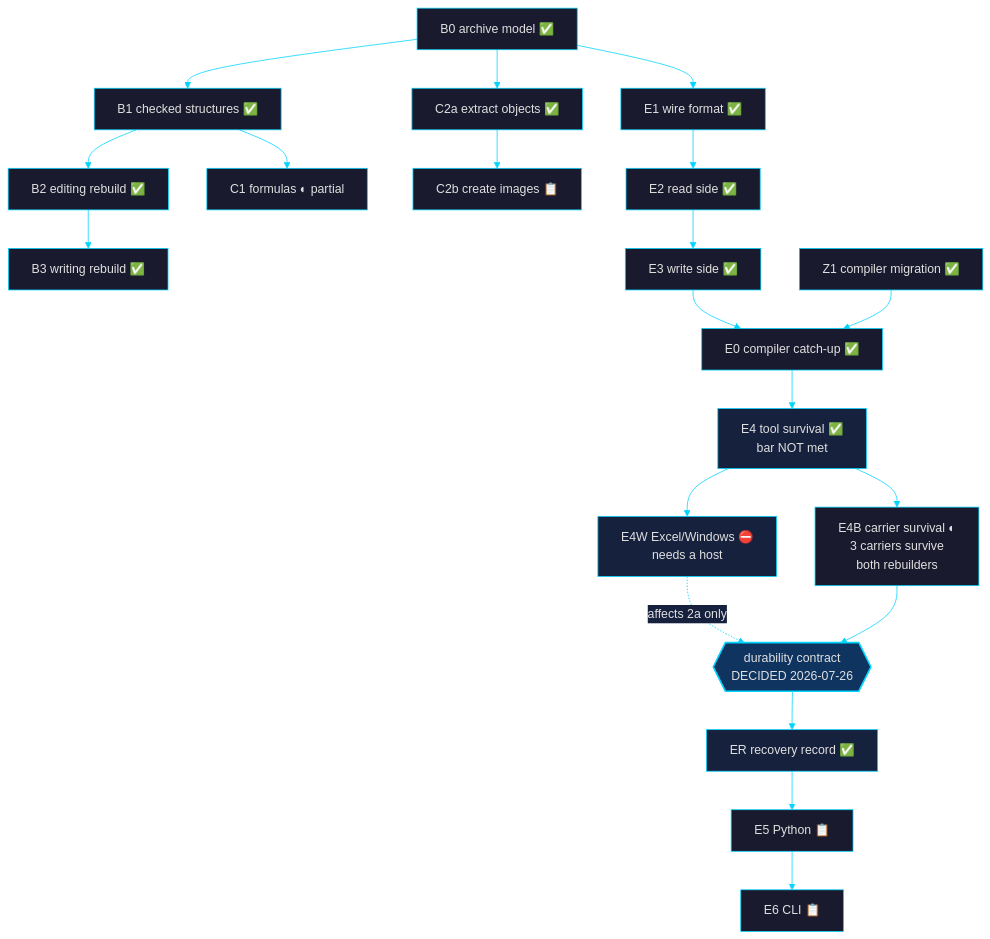
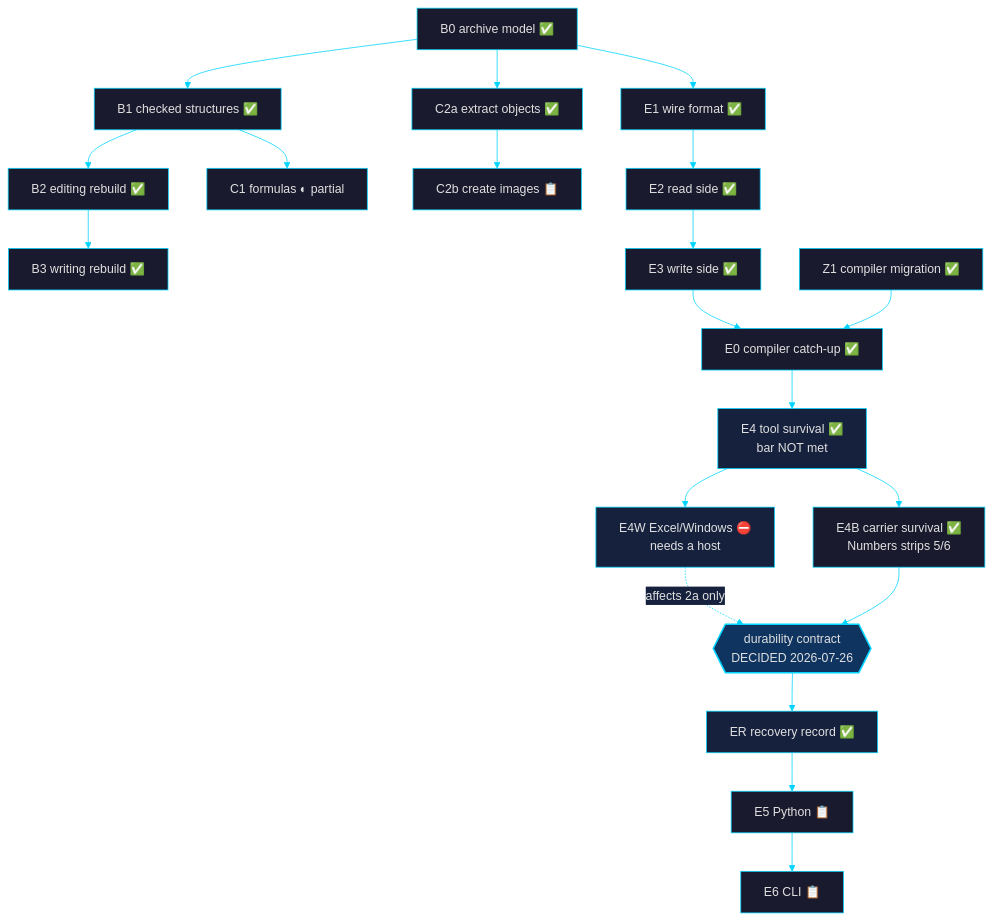
The diagram in goal_plan.md (laurentfabre/zlsx), drawn with Mermaid before and after one commit. The commit also changed other lines of this file and 13 other files, not shown here.

````diff
--- a/goal_plan.md
+++ b/goal_plan.md
@@ -80,29 +80,29 @@
 ```mermaid
 %%{init: {'theme': 'base', 'themeVariables': {'primaryColor': '#1a1a2e', 'primaryTextColor': '#e0e0e0', 'primaryBorderColor': '#00d4ff', 'lineColor': '#00d4ff', 'secondaryColor': '#16213e', 'tertiaryColor': '#0f3460', 'fontFamily': 'monospace'}}}%%
 graph TD
     B0["B0 archive model ✅"] --> B1["B1 checked structures ✅"]
     B1 --> B2["B2 editing rebuild ✅"]
     B2 --> B3["B3 writing rebuild ✅"]
     B0 --> C2a["C2a extract objects ✅"]
     C2a --> C2b["C2b create images 📋"]
     B1 --> C1["C1 formulas ◐ partial"]
 
     B0 --> E1["E1 wire format ✅"]
     E1 --> E2["E2 read side ✅"]
     E2 --> E3["E3 write side ✅"]
     Z1["Z1 compiler migration ✅"] --> E0["E0 compiler catch-up ✅"]
     E3 --> E0
     E0 --> E4["E4 tool survival ✅<br/>bar NOT met"]
     E4 --> E4W["E4W Excel/Windows ⛔<br/>needs a host"]
-    E4 --> E4B["E4B carrier survival ◐<br/>3 carriers survive<br/>both rebuilders"]
+    E4 --> E4B["E4B carrier survival ✅<br/>Numbers strips 5/6"]
     E4B --> DEC{{"durability contract<br/>DECIDED 2026-07-26"}}
     E4W -.->|"affects 2a only"| DEC
     DEC --> ER["ER recovery record ✅"]
     ER --> E5["E5 Python 📋"]
     E5 --> E6["E6 CLI 📋"]
 
     style DEC fill:#0f3460,stroke:#00d4ff,stroke-width:2px
     style E4 fill:#16213e
     style E4W fill:#16213e
     style ER fill:#16213e
 ```
````
